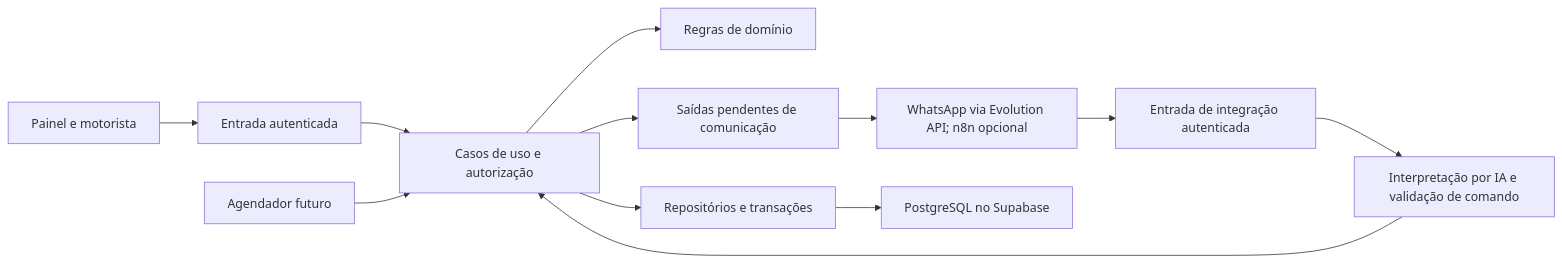
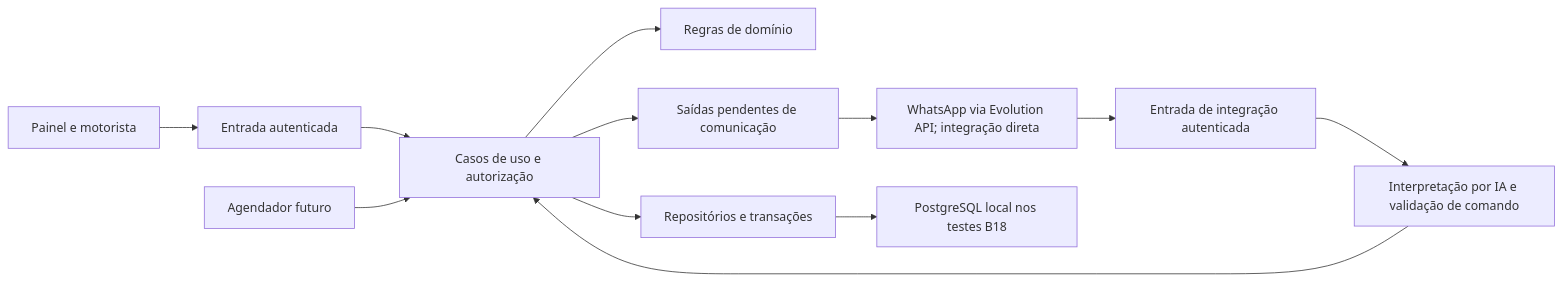
One commit to TaisRosin/TechBus-tcc changed the diagram in docs/arquitetura.md. Above: the diagram before and after it, drawn with Mermaid. The commit also changed other lines of this file and 114 other files, not shown here.

````diff
--- a/docs/arquitetura.md
+++ b/docs/arquitetura.md
@@ -15,14 +23,14 @@
 ```mermaid
 flowchart LR
   P[Painel e motorista] --> E[Entrada autenticada]
-  W[WhatsApp via Evolution API; n8n opcional] --> I[Entrada de integração autenticada]
+  W[WhatsApp via Evolution API; integração direta] --> I[Entrada de integração autenticada]
   I --> A[Interpretação por IA e validação de comando]
   E --> U[Casos de uso e autorização]
   A --> U
   J[Agendador futuro] --> U
   U --> D[Regras de domínio]
   U --> R[Repositórios e transações]
-  R --> B[PostgreSQL no Supabase]
+  R --> B[PostgreSQL local nos testes B18]
   U --> O[Saídas pendentes de comunicação]
   O --> W
 ```
````
